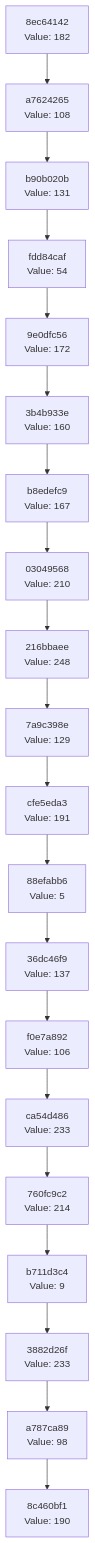
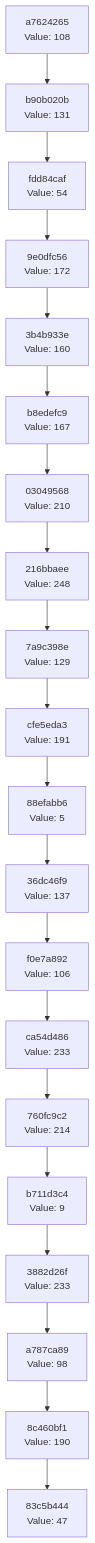
Before and after one commit to Abhisheksinha1506/hash-chain-evolver: the diagram in docs/CHAIN_VISUALIZATION.md, drawn with Mermaid. The commit also changed 2 other files, not shown here.

Commit message:
Evolution Step

````diff
--- a/docs/CHAIN_VISUALIZATION.md
+++ b/docs/CHAIN_VISUALIZATION.md
@@ -3,42 +3,42 @@
 ```mermaid
 graph TD
-    C0["8c460bf1<br/>Value: 190"]
-    C1["a787ca89<br/>Value: 98"]
+    C0["83c5b444<br/>Value: 47"]
+    C1["8c460bf1<br/>Value: 190"]
     C1 --> C0
-    C2["3882d26f<br/>Value: 233"]
+    C2["a787ca89<br/>Value: 98"]
     C2 --> C1
-    C3["b711d3c4<br/>Value: 9"]
+    C3["3882d26f<br/>Value: 233"]
     C3 --> C2
-    C4["760fc9c2<br/>Value: 214"]
+    C4["b711d3c4<br/>Value: 9"]
     C4 --> C3
-    C5["ca54d486<br/>Value: 233"]
+    C5["760fc9c2<br/>Value: 214"]
     C5 --> C4
-    C6["f0e7a892<br/>Value: 106"]
+    C6["ca54d486<br/>Value: 233"]
     C6 --> C5
-    C7["36dc46f9<br/>Value: 137"]
+    C7["f0e7a892<br/>Value: 106"]
     C7 --> C6
-    C8["88efabb6<br/>Value: 5"]
+    C8["36dc46f9<br/>Value: 137"]
     C8 --> C7
-    C9["cfe5eda3<br/>Value: 191"]
+    C9["88efabb6<br/>Value: 5"]
     C9 --> C8
-    C10["7a9c398e<br/>Value: 129"]
+    C10["cfe5eda3<br/>Value: 191"]
     C10 --> C9
-    C11["216bbaee<br/>Value: 248"]
+    C11["7a9c398e<br/>Value: 129"]
     C11 --> C10
-    C12["03049568<br/>Value: 210"]
+    C12["216bbaee<br/>Value: 248"]
     C12 --> C11
-    C13["b8edefc9<br/>Value: 167"]
+    C13["03049568<br/>Value: 210"]
     C13 --> C12
-    C14["3b4b933e<br/>Value: 160"]
+    C14["b8edefc9<br/>Value: 167"]
     C14 --> C13
-    C15["9e0dfc56<br/>Value: 172"]
+    C15["3b4b933e<br/>Value: 160"]
     C15 --> C14
-    C16["fdd84caf<br/>Value: 54"]
+    C16["9e0dfc56<br/>Value: 172"]
     C16 --> C15
-    C17["b90b020b<br/>Value: 131"]
+    C17["fdd84caf<br/>Value: 54"]
     C17 --> C16
-    C18["a7624265<br/>Value: 108"]
+    C18["b90b020b<br/>Value: 131"]
     C18 --> C17
-    C19["8ec64142<br/>Value: 182"]
+    C19["a7624265<br/>Value: 108"]
     C19 --> C18
 ```
````
